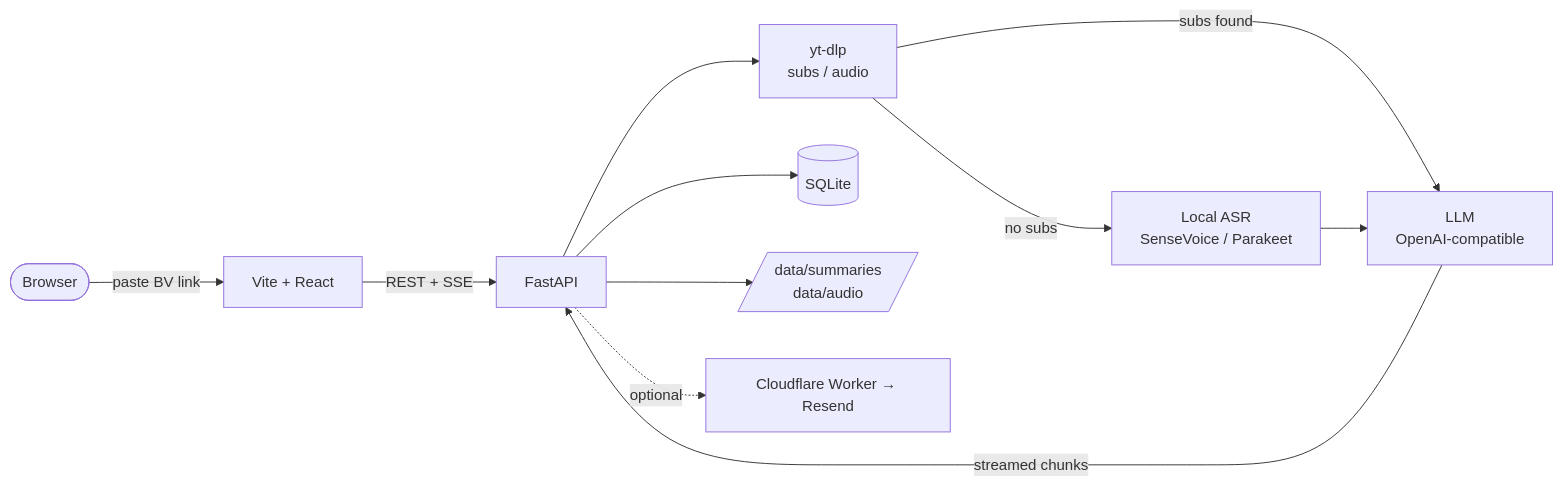
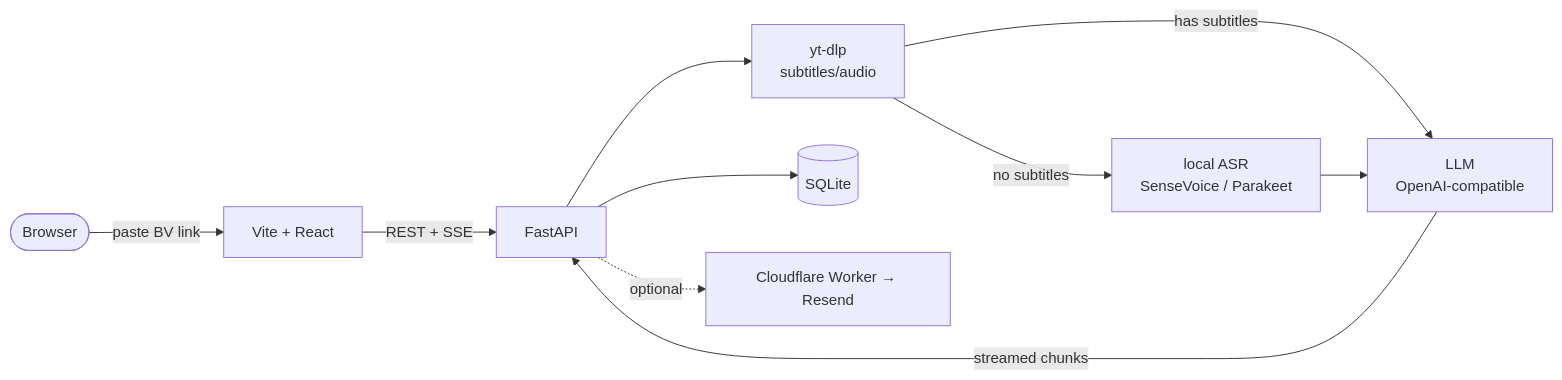
The diagram in README.en.md (BazingaOrg/biri-youyaku), drawn with Mermaid before and after one commit. The commit also changed other lines of this file and 3 other files, not shown here.

````diff
--- a/README.en.md
+++ b/README.en.md
@@ -47,13 +102,12 @@
 ```mermaid
 flowchart LR
     user([Browser]) -->|paste BV link| web[Vite + React]
     web -->|REST + SSE| api[FastAPI]
-    api --> ytdlp[yt-dlp<br/>subs / audio]
-    ytdlp -->|subs found| llm
-    ytdlp -->|no subs| asr[Local ASR<br/>SenseVoice / Parakeet]
+    api --> ytdlp[yt-dlp<br/>subtitles/audio]
+    ytdlp -->|has subtitles| llm
+    ytdlp -->|no subtitles| asr[local ASR<br/>SenseVoice / Parakeet]
     asr --> llm[LLM<br/>OpenAI-compatible]
     llm -->|streamed chunks| api
     api --> db[(SQLite)]
-    api --> fs[/data/summaries<br/>data/audio/]
     api -. optional .-> mail[Cloudflare Worker → Resend]
 ```
````
